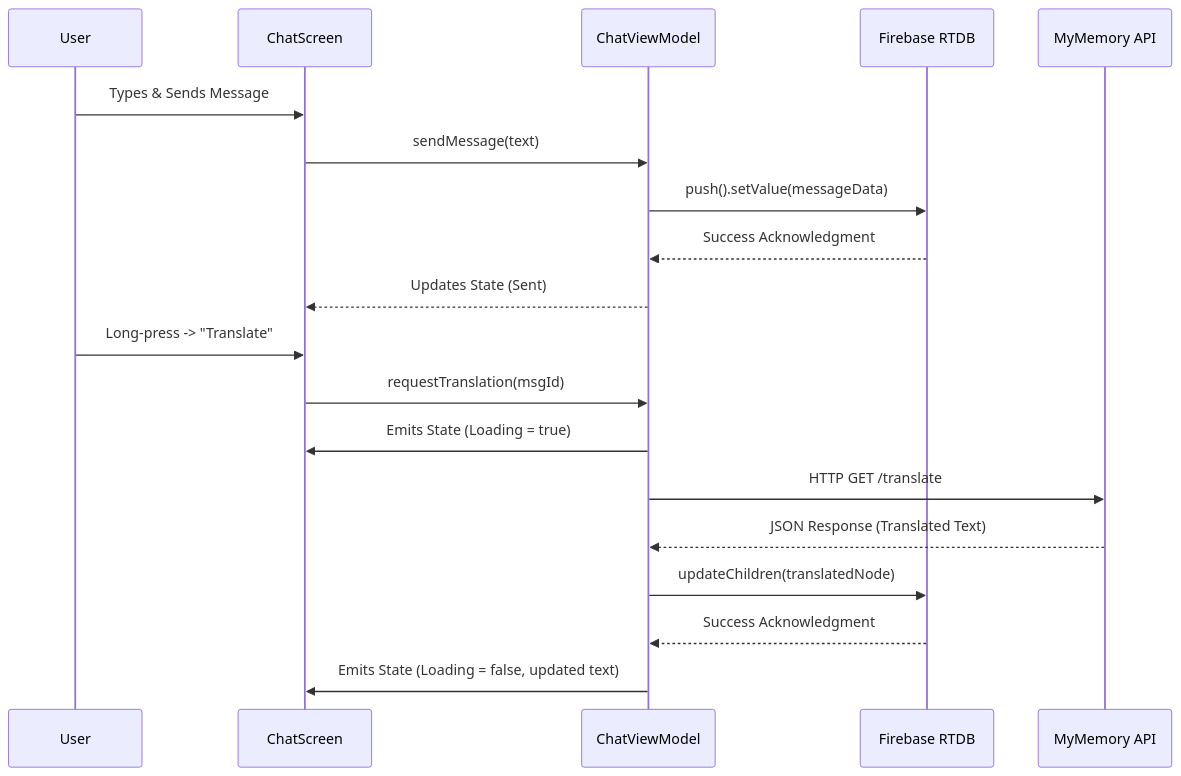
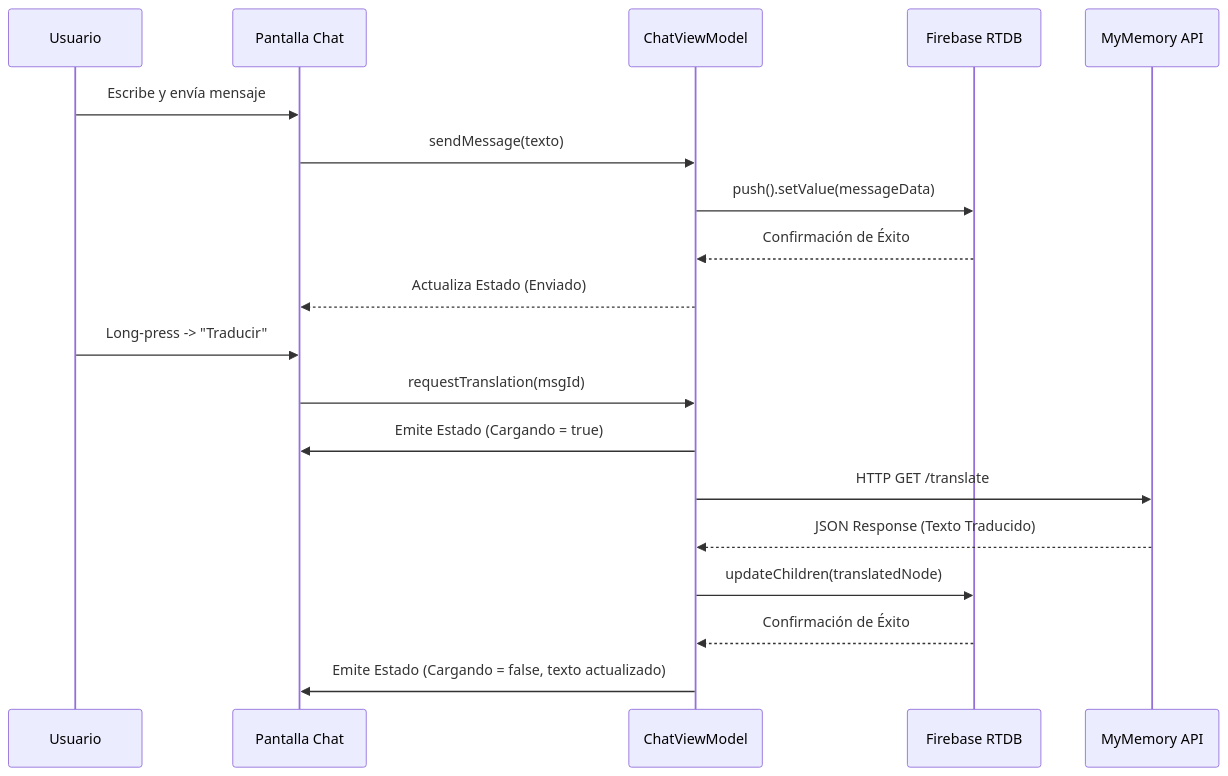
Before and after one commit to Azelmods677/NexusChat: the second of 4 diagrams in README.md, drawn with Mermaid. The commit also changed other lines of this file, not shown here.

Commit message:
docs: Translate README to Spanish and label strictly as a Developer Template

````diff
--- a/README.md
+++ b/README.md
@@ -107,23 +106,23 @@
 ```mermaid
 sequenceDiagram
-    participant User
-    participant ComposeUI as ChatScreen
+    participant Usuario
+    participant UI as Pantalla Chat
     participant VM as ChatViewModel
     participant FB as Firebase RTDB
-    participant Translator as MyMemory API
+    participant Traductor as MyMemory API
 
-    User->>ComposeUI: Types & Sends Message
-    ComposeUI->>VM: sendMessage(text)
+    Usuario->>UI: Escribe y envía mensaje
+    UI->>VM: sendMessage(texto)
     VM->>FB: push().setValue(messageData)
-    FB-->>VM: Success Acknowledgment
-    VM-->>ComposeUI: Updates State (Sent)
+    FB-->>VM: Confirmación de Éxito
+    VM-->>UI: Actualiza Estado (Enviado)
     
-    User->>ComposeUI: Long-press -> "Translate"
-    ComposeUI->>VM: requestTranslation(msgId)
-    VM->>ComposeUI: Emits State (Loading = true)
-    VM->>Translator: HTTP GET /translate
-    Translator-->>VM: JSON Response (Translated Text)
+    Usuario->>UI: Long-press -> "Traducir"
+    UI->>VM: requestTranslation(msgId)
+    VM->>UI: Emite Estado (Cargando = true)
+    VM->>Traductor: HTTP GET /translate
+    Traductor-->>VM: JSON Response (Texto Traducido)
     VM->>FB: updateChildren(translatedNode)
-    FB-->>VM: Success Acknowledgment
-    VM->>ComposeUI: Emits State (Loading = false, updated text)
+    FB-->>VM: Confirmación de Éxito
+    VM->>UI: Emite Estado (Cargando = false, texto actualizado)
 ```
````
